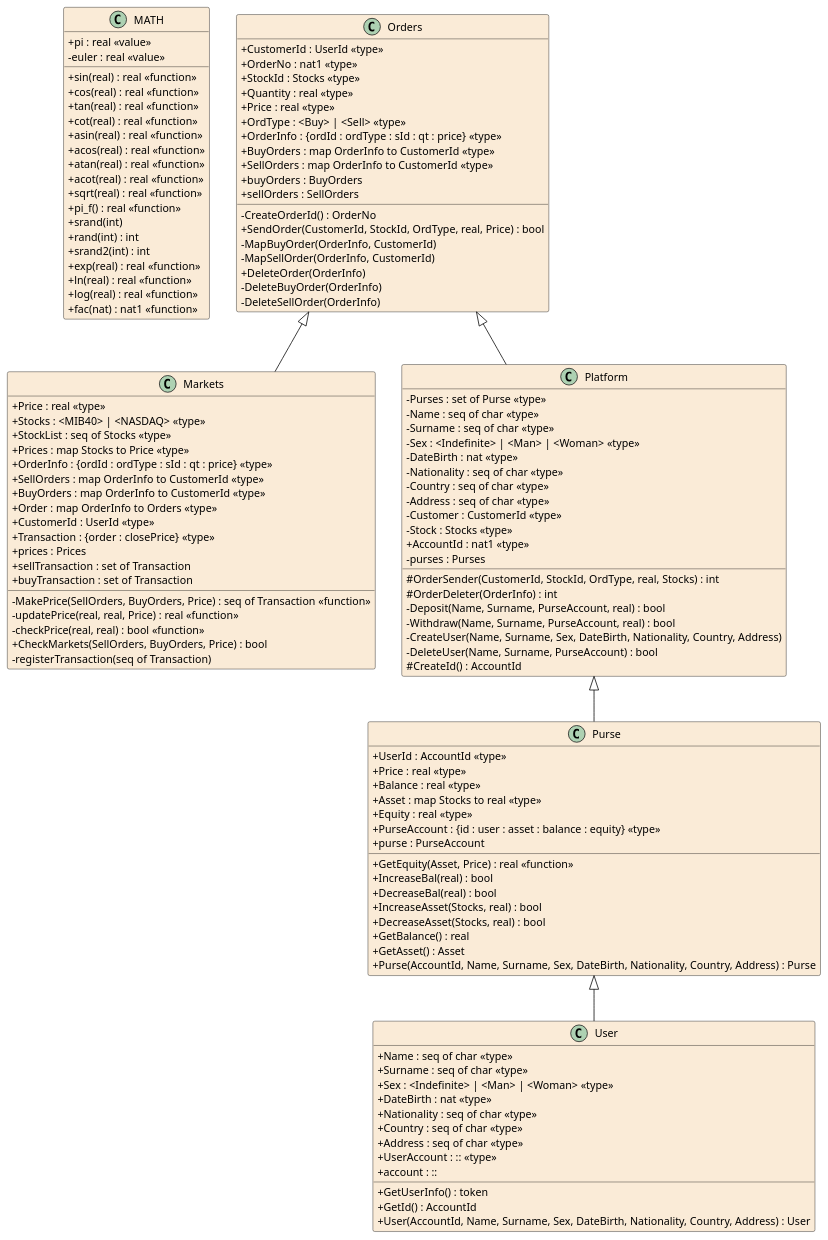
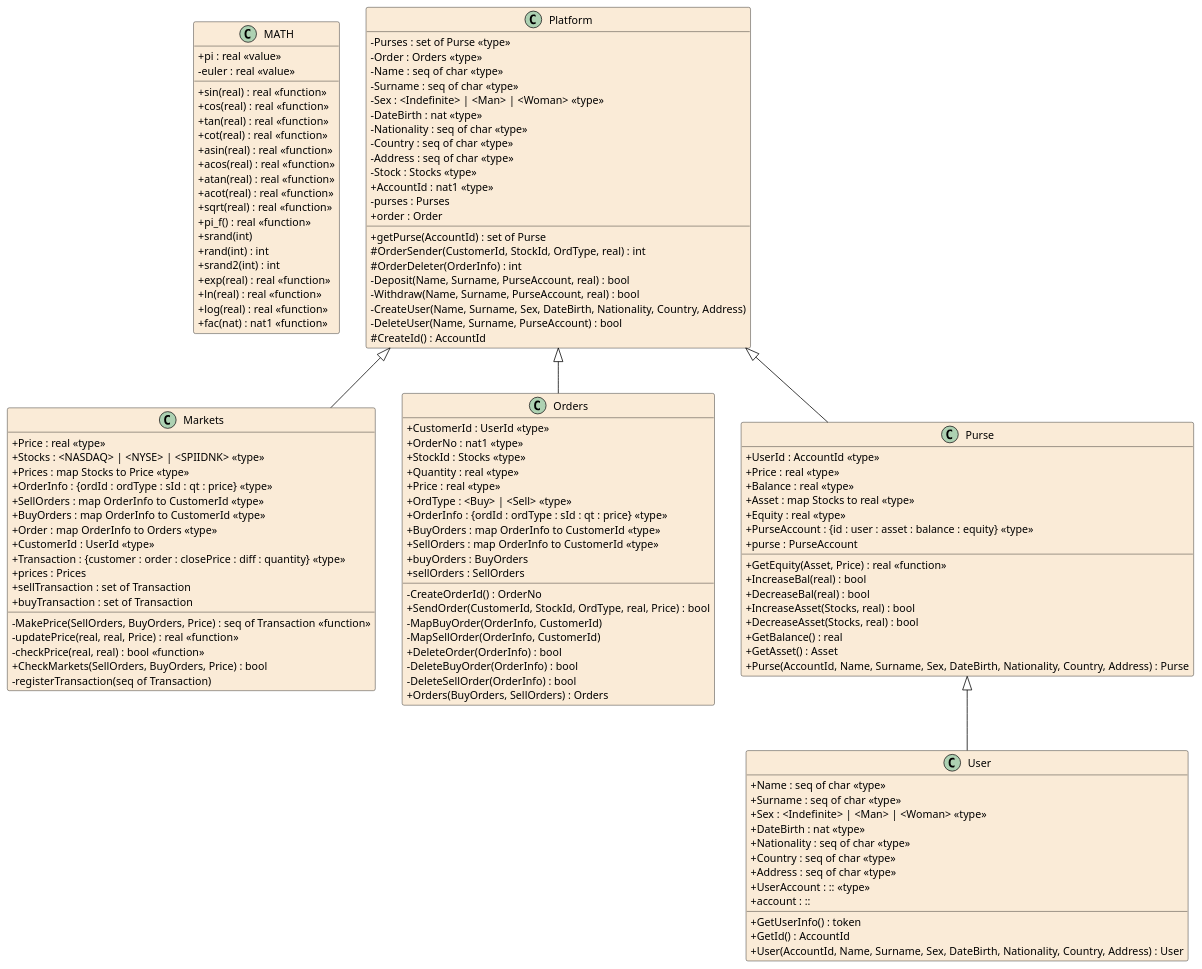
One commit to Zernez/MCS_Trading_Platform changed the diagram in .generated/vdm2uml/Assignment.puml. Above: the diagram before and after it, drawn with PlantUML. The commit also changed 7 other files, not shown here.

```diff
--- a/.generated/vdm2uml/Assignment.puml
+++ b/.generated/vdm2uml/Assignment.puml
@@ -1,145 +1,147 @@
 @startuml Assignment
 
 hide empty members
 skinparam Shadowing false
 skinparam classAttributeIconSize 0
 skinparam ClassBorderThickness 0.5
 skinparam groupInheritance 5
 skinparam class {
 	BackgroundColor AntiqueWhite
 	ArrowColor Black
 	BorderColor Black
 }
 skinparam defaultTextAlignment center
 
 class MATH
 {
 	+sin(real) : real <<function>>
 	+cos(real) : real <<function>>
 	+tan(real) : real <<function>>
 	+cot(real) : real <<function>>
 	+asin(real) : real <<function>>
 	+acos(real) : real <<function>>
 	+atan(real) : real <<function>>
 	+acot(real) : real <<function>>
 	+sqrt(real) : real <<function>>
 	+pi_f() : real <<function>>
 	+srand(int)
 	+rand(int) : int
 	+srand2(int) : int
 	+exp(real) : real <<function>>
 	+ln(real) : real <<function>>
 	+log(real) : real <<function>>
 	+fac(nat) : nat1 <<function>>
 	+pi : real <<value>>
 	-euler : real <<value>>
 }
 
 class Markets
 {
 	+Price : real <<type>>
-	+Stocks : <MIB40> | <NASDAQ> <<type>>
-	+StockList : seq of Stocks <<type>>
+	+Stocks : <NASDAQ> | <NYSE> | <SPIIDNK> <<type>>
 	+Prices : map Stocks to Price <<type>>
 	+OrderInfo : {ordId : ordType : sId : qt : price} <<type>>
 	+SellOrders : map OrderInfo to CustomerId <<type>>
 	+BuyOrders : map OrderInfo to CustomerId <<type>>
 	+Order : map OrderInfo to Orders <<type>>
 	+CustomerId : UserId <<type>>
-	+Transaction : {order : closePrice} <<type>>
+	+Transaction : {customer : order : closePrice : diff : quantity} <<type>>
 	+prices : Prices
 	+sellTransaction : set of Transaction
 	+buyTransaction : set of Transaction
 	-MakePrice(SellOrders, BuyOrders, Price) : seq of Transaction <<function>>
 	-updatePrice(real, real, Price) : real <<function>>
 	-checkPrice(real, real) : bool <<function>>
 	+CheckMarkets(SellOrders, BuyOrders, Price) : bool
 	-registerTransaction(seq of Transaction)
 }
 
 class Orders
 {
 	+CustomerId : UserId <<type>>
 	+OrderNo : nat1 <<type>>
 	+StockId : Stocks <<type>>
 	+Quantity : real <<type>>
 	+Price : real <<type>>
 	+OrdType : <Buy> | <Sell> <<type>>
 	+OrderInfo : {ordId : ordType : sId : qt : price} <<type>>
 	+BuyOrders : map OrderInfo to CustomerId <<type>>
 	+SellOrders : map OrderInfo to CustomerId <<type>>
 	+buyOrders : BuyOrders
 	+sellOrders : SellOrders
 	-CreateOrderId() : OrderNo
 	+SendOrder(CustomerId, StockId, OrdType, real, Price) : bool
 	-MapBuyOrder(OrderInfo, CustomerId)
 	-MapSellOrder(OrderInfo, CustomerId)
-	+DeleteOrder(OrderInfo)
-	-DeleteBuyOrder(OrderInfo)
-	-DeleteSellOrder(OrderInfo)
+	+DeleteOrder(OrderInfo) : bool
+	-DeleteBuyOrder(OrderInfo) : bool
+	-DeleteSellOrder(OrderInfo) : bool
+	+Orders(BuyOrders, SellOrders) : Orders
 }
 
 class Platform
 {
 	-Purses : set of Purse <<type>>
+	-Order : Orders <<type>>
 	-Name : seq of char <<type>>
 	-Surname : seq of char <<type>>
 	-Sex : <Indefinite> | <Man> | <Woman> <<type>>
 	-DateBirth : nat <<type>>
 	-Nationality : seq of char <<type>>
 	-Country : seq of char <<type>>
 	-Address : seq of char <<type>>
-	-Customer : CustomerId <<type>>
 	-Stock : Stocks <<type>>
 	+AccountId : nat1 <<type>>
 	-purses : Purses
-	#OrderSender(CustomerId, StockId, OrdType, real, Stocks) : int
+	+order : Order
+	+getPurse(AccountId) : set of Purse
+	#OrderSender(CustomerId, StockId, OrdType, real) : int
 	#OrderDeleter(OrderInfo) : int
 	-Deposit(Name, Surname, PurseAccount, real) : bool
 	-Withdraw(Name, Surname, PurseAccount, real) : bool
 	-CreateUser(Name, Surname, Sex, DateBirth, Nationality, Country, Address)
 	-DeleteUser(Name, Surname, PurseAccount) : bool
 	#CreateId() : AccountId
 }
 
 class Purse
 {
 	+UserId : AccountId <<type>>
 	+Price : real <<type>>
 	+Balance : real <<type>>
 	+Asset : map Stocks to real <<type>>
 	+Equity : real <<type>>
 	+PurseAccount : {id : user : asset : balance : equity} <<type>>
 	+purse : PurseAccount
 	+GetEquity(Asset, Price) : real <<function>>
 	+IncreaseBal(real) : bool
 	+DecreaseBal(real) : bool
 	+IncreaseAsset(Stocks, real) : bool
 	+DecreaseAsset(Stocks, real) : bool
 	+GetBalance() : real
 	+GetAsset() : Asset
 	+Purse(AccountId, Name, Surname, Sex, DateBirth, Nationality, Country, Address) : Purse
 }
 
 class User
 {
 	+Name : seq of char <<type>>
 	+Surname : seq of char <<type>>
 	+Sex : <Indefinite> | <Man> | <Woman> <<type>>
 	+DateBirth : nat <<type>>
 	+Nationality : seq of char <<type>>
 	+Country : seq of char <<type>>
 	+Address : seq of char <<type>>
 	+UserAccount : :: <<type>>
 	+account : ::
 	+GetUserInfo() : token
 	+GetId() : AccountId
 	+User(AccountId, Name, Surname, Sex, DateBirth, Nationality, Country, Address) : User
 }
 
-Orders <|-- Markets
-Orders <|-- Platform
+Platform <|-- Markets
+Platform <|-- Orders
 Platform <|-- Purse
 Purse <|-- User
 
 @enduml
```
